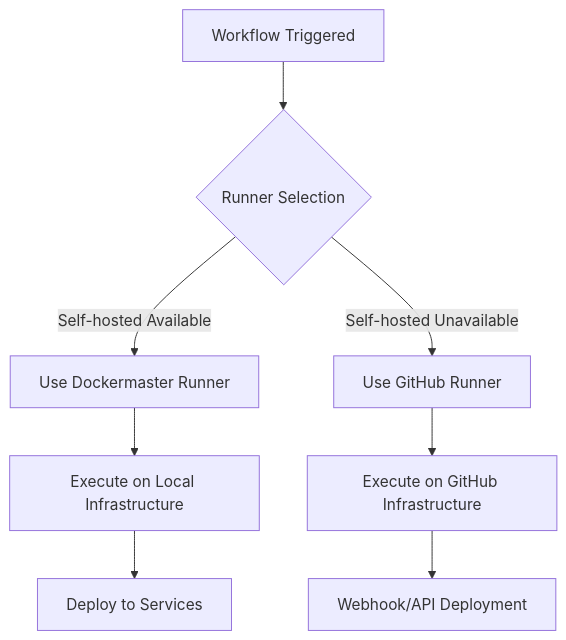
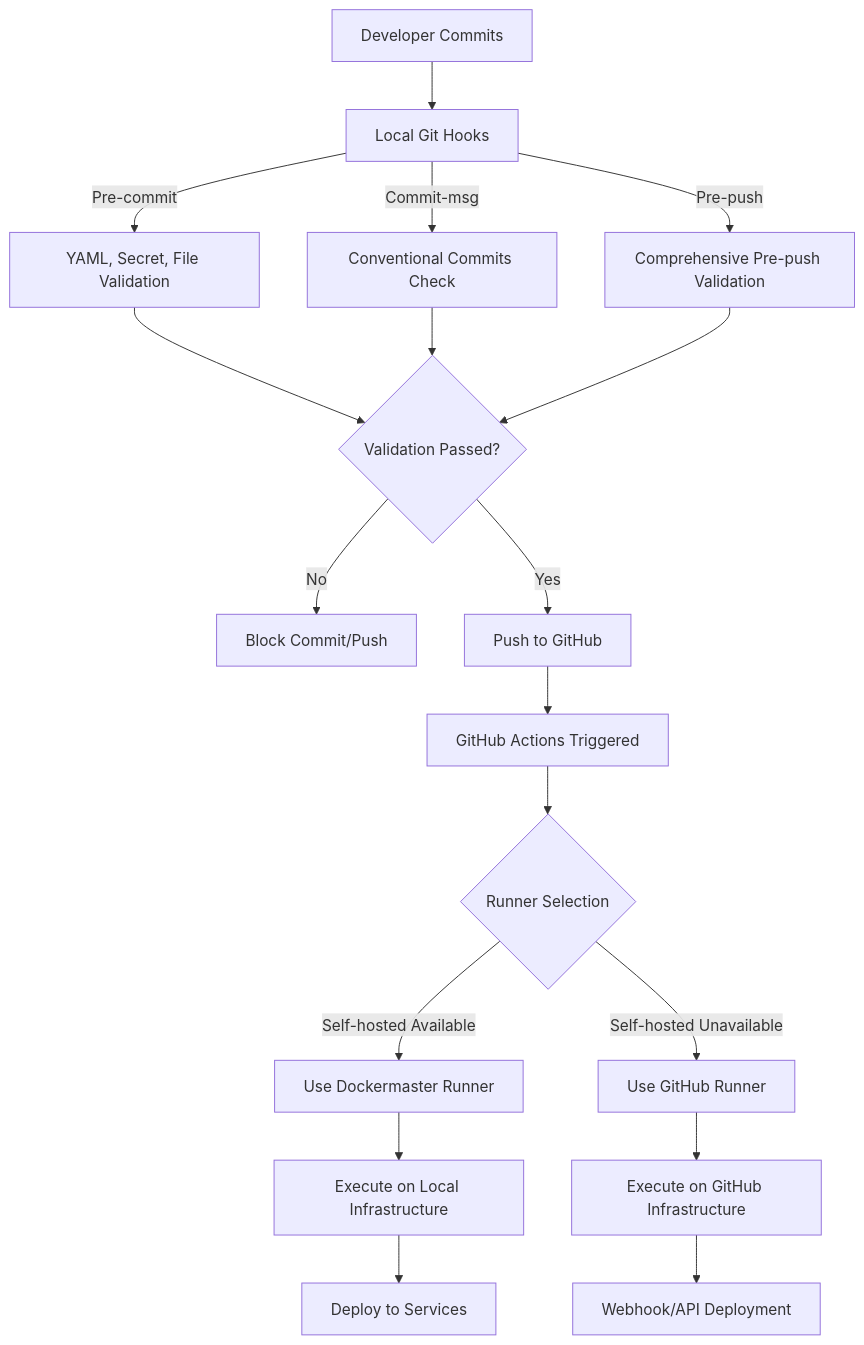
The diagram in docs/ci-cd-architecture.md (luiscamaral/home-lab-inventory), drawn with Mermaid before and after one commit. The commit also changed other lines of this file and 99 other files, not shown here.

Commit message:
feat(ci): implement local CI hooks and cleanup workflows

````diff
--- a/docs/ci-cd-architecture.md
+++ b/docs/ci-cd-architecture.md
@@ -32,10 +60,20 @@
 ```mermaid
 graph TD
-    A[Workflow Triggered] --> B{Runner Selection}
-    B -->|Self-hosted Available| C[Use Dockermaster Runner]
-    B -->|Self-hosted Unavailable| D[Use GitHub Runner]
-    C --> E[Execute on Local Infrastructure]
-    D --> F[Execute on GitHub Infrastructure]
-    E --> G[Deploy to Services]
-    F --> H[Webhook/API Deployment]
+    A[Developer Commits] --> B[Local Git Hooks]
+    B -->|Pre-commit| C[YAML, Secret, File Validation]
+    B -->|Commit-msg| D[Conventional Commits Check]
+    B -->|Pre-push| E[Comprehensive Pre-push Validation]
+    C --> F{Validation Passed?}
+    D --> F
+    E --> F
+    F -->|No| G[Block Commit/Push]
+    F -->|Yes| H[Push to GitHub]
+    H --> I[GitHub Actions Triggered]
+    I --> J{Runner Selection}
+    J -->|Self-hosted Available| K[Use Dockermaster Runner]
+    J -->|Self-hosted Unavailable| L[Use GitHub Runner]
+    K --> M[Execute on Local Infrastructure]
+    L --> N[Execute on GitHub Infrastructure]
+    M --> O[Deploy to Services]
+    N --> P[Webhook/API Deployment]
 ```
````
